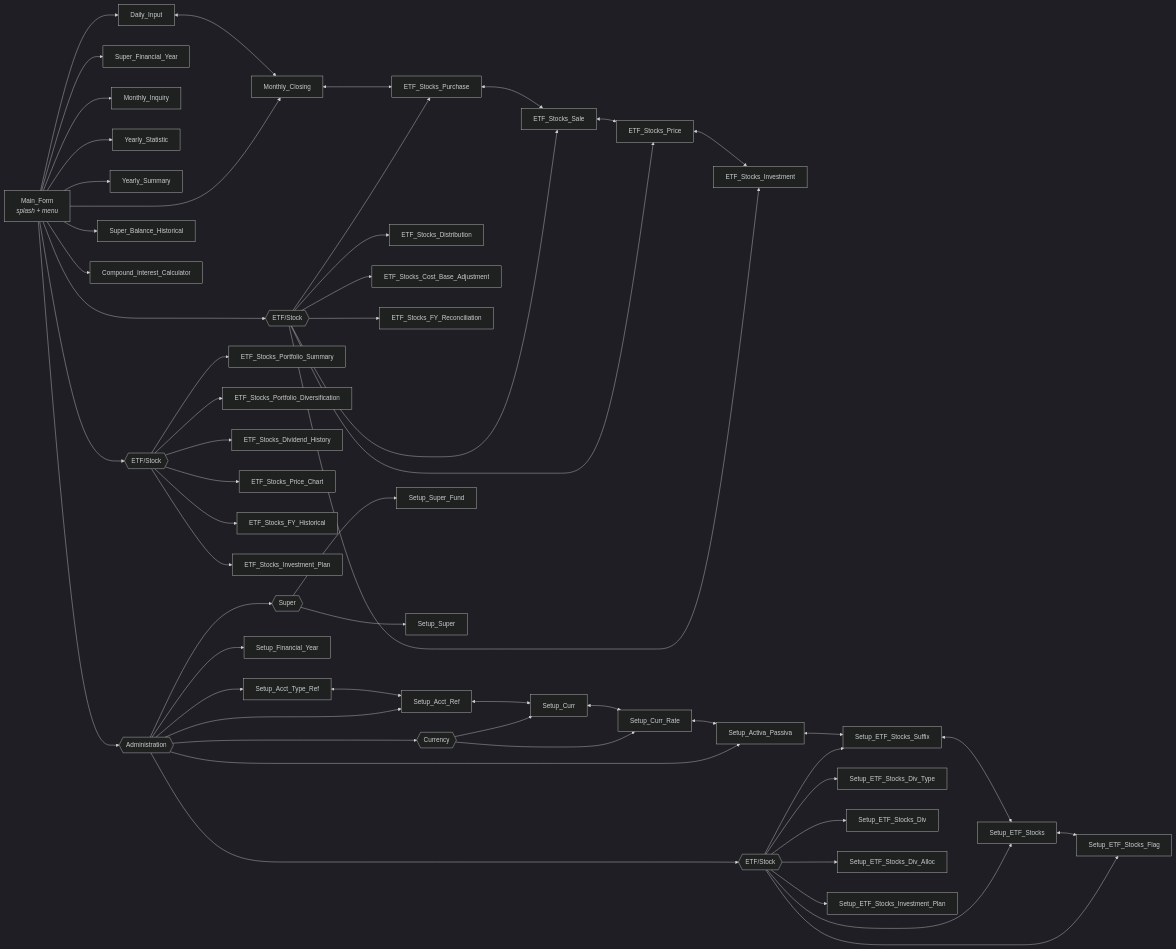
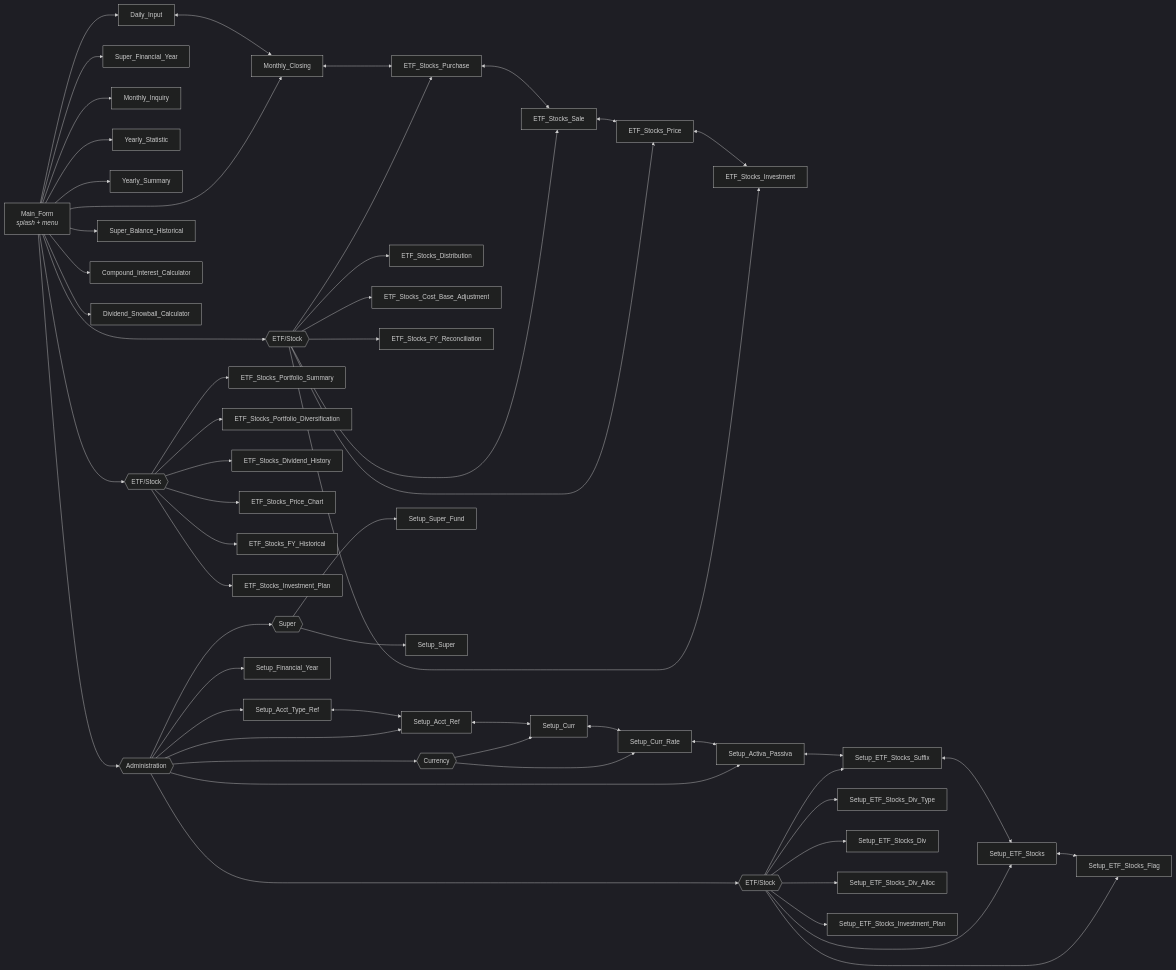
Before and after one commit to oscar-rijadi/FinancialBalance: the second of 3 diagrams in README.md, drawn with Mermaid (dark theme). The commit also changed other lines of this file and 38 other files, not shown here.

Commit message:
Implement Dividend Snowball Calculator

````diff
--- a/README.md
+++ b/README.md
@@ -107,62 +107,63 @@
 ```mermaid
 flowchart LR
     MAIN["Main_Form<br/><i>splash + menu</i>"]
 
     MAIN --> DI["Daily_Input"]
     MAIN --> MC["Monthly_Closing"]
     MAIN --> PETFG{{"ETF/Stock"}}
     PETFG --> ETP["ETF_Stocks_Price"]
     PETFG --> ETI["ETF_Stocks_Investment"]
     PETFG --> ETB["ETF_Stocks_Purchase"]
     PETFG --> ETS["ETF_Stocks_Sale"]
     PETFG --> ETD["ETF_Stocks_Distribution"]
     PETFG --> ECB["ETF_Stocks_Cost_Base_Adjustment"]
     PETFG --> ETR["ETF_Stocks_FY_Reconciliation"]
     MAIN --> SFYP["Super_Financial_Year"]
     MAIN --> MI["Monthly_Inquiry"]
     MAIN --> YT["Yearly_Statistic"]
     MAIN --> YS["Yearly_Summary"]
     MAIN --> PORTG{{"ETF/Stock"}}
     PORTG --> PSUM["ETF_Stocks_Portfolio_Summary"]
     PORTG --> PDIV["ETF_Stocks_Portfolio_Diversification"]
     PORTG --> PDVH["ETF_Stocks_Dividend_History"]
     PORTG --> PPCH["ETF_Stocks_Price_Chart"]
     PORTG --> PFYH["ETF_Stocks_FY_Historical"]
     PORTG --> PIVP["ETF_Stocks_Investment_Plan"]
     MAIN --> SBH["Super_Balance_Historical"]
     MAIN --> CIC["Compound_Interest_Calculator"]
+    MAIN --> DSC["Dividend_Snowball_Calculator"]
 
     MAIN --> ADMIN{{"Administration"}}
     ADMIN --> SATR["Setup_Acct_Type_Ref"]
     ADMIN --> SAR["Setup_Acct_Ref"]
     ADMIN --> CURG{{"Currency"}}
     CURG --> SC["Setup_Curr"]
     CURG --> SCR["Setup_Curr_Rate"]
     ADMIN --> SAP["Setup_Activa_Passiva"]
     ADMIN --> SFY["Setup_Financial_Year"]
     ADMIN --> ETFG{{"ETF/Stock"}}
     ETFG --> SES["Setup_ETF_Stocks_Suffix"]
     ETFG --> SET["Setup_ETF_Stocks"]
     ETFG --> SEF["Setup_ETF_Stocks_Flag"]
     ETFG --> SDT["Setup_ETF_Stocks_Div_Type"]
     ETFG --> SDV["Setup_ETF_Stocks_Div"]
     ETFG --> SDA["Setup_ETF_Stocks_Div_Alloc"]
     ETFG --> SIP["Setup_ETF_Stocks_Investment_Plan"]
     ADMIN --> SUPG{{"Super"}}
     SUPG --> SSF["Setup_Super_Fund"]
     SUPG --> SSU["Setup_Super"]
 
     DI <--> MC
     MC <--> ETB
     ETB <--> ETS
     ETS <--> ETP
     ETP <--> ETI
 
     SATR <--> SAR
     SAR <--> SC
     SC <--> SCR
     SCR <--> SAP
     SAP <--> SES
     SES <--> SET
     SET <--> SEF
 ```
````
